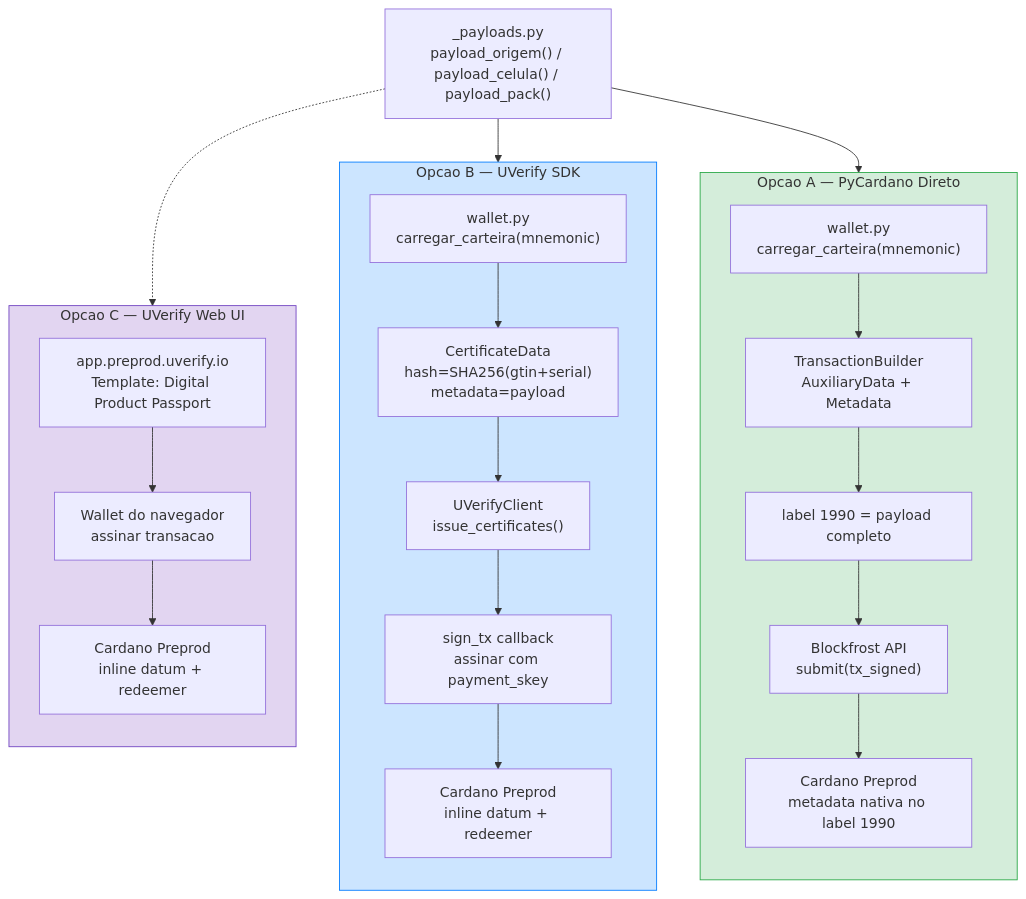
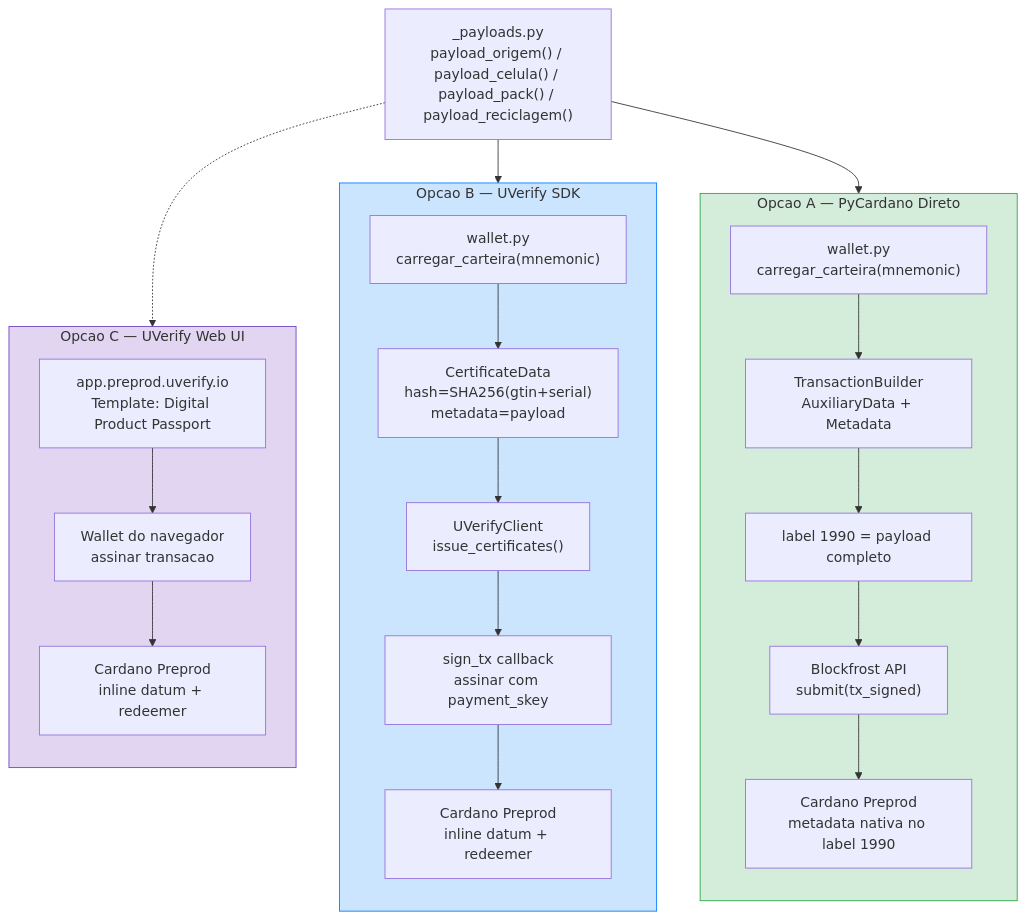
The third of 5 diagrams in arquitetura-dpp.md (darlisagc/cardano-battery-passport), drawn with Mermaid before and after one commit.

Commit message:
Add missing payload_reciclagem() to payloads diagram

````diff
--- a/arquitetura-dpp.md
+++ b/arquitetura-dpp.md
@@ -135,49 +135,49 @@
 ```mermaid
 flowchart TB
-    PL["_payloads.py\npayload_origem() / payload_celula() / payload_pack()"]
+    PL["_payloads.py\npayload_origem() / payload_celula() / payload_pack() / payload_reciclagem()"]
 
     subgraph OpcaoA["Opcao A — PyCardano Direto"]
         direction TB
         wa["wallet.py\ncarregar_carteira(mnemonic)"]
         tb["TransactionBuilder\nAuxiliaryData + Metadata"]
         ml["label 1990 = payload completo"]
         bf_a["Blockfrost API\nsubmit(tx_signed)"]
         ca["Cardano Preprod\nmetadata nativa no label 1990"]
     end
 
     subgraph OpcaoB["Opcao B — UVerify SDK"]
         direction TB
         wb["wallet.py\ncarregar_carteira(mnemonic)"]
         cd["CertificateData\nhash=SHA256(gtin+serial)\nmetadata=payload"]
         sdk["UVerifyClient\nissue_certificates()"]
         cb["sign_tx callback\nassinar com payment_skey"]
         cc["Cardano Preprod\ninline datum + redeemer"]
     end
 
     subgraph OpcaoC["Opcao C — UVerify Web UI"]
         direction TB
         ui["app.preprod.uverify.io\nTemplate: Digital Product Passport"]
         wc["Wallet do navegador\nassinar transacao"]
         ccc["Cardano Preprod\ninline datum + redeemer"]
     end
 
     PL --> wa
     wa --> tb
     tb --> ml
     ml --> bf_a
     bf_a --> ca
 
     PL --> wb
     wb --> cd
     cd --> sdk
     sdk --> cb
     cb --> cc
 
     PL -.-> ui
     ui --> wc
     wc --> ccc
 
     style OpcaoA fill:#d4edda,stroke:#28a745
     style OpcaoB fill:#cce5ff,stroke:#007bff
     style OpcaoC fill:#e2d5f1,stroke:#6f42c1
 ```
````
